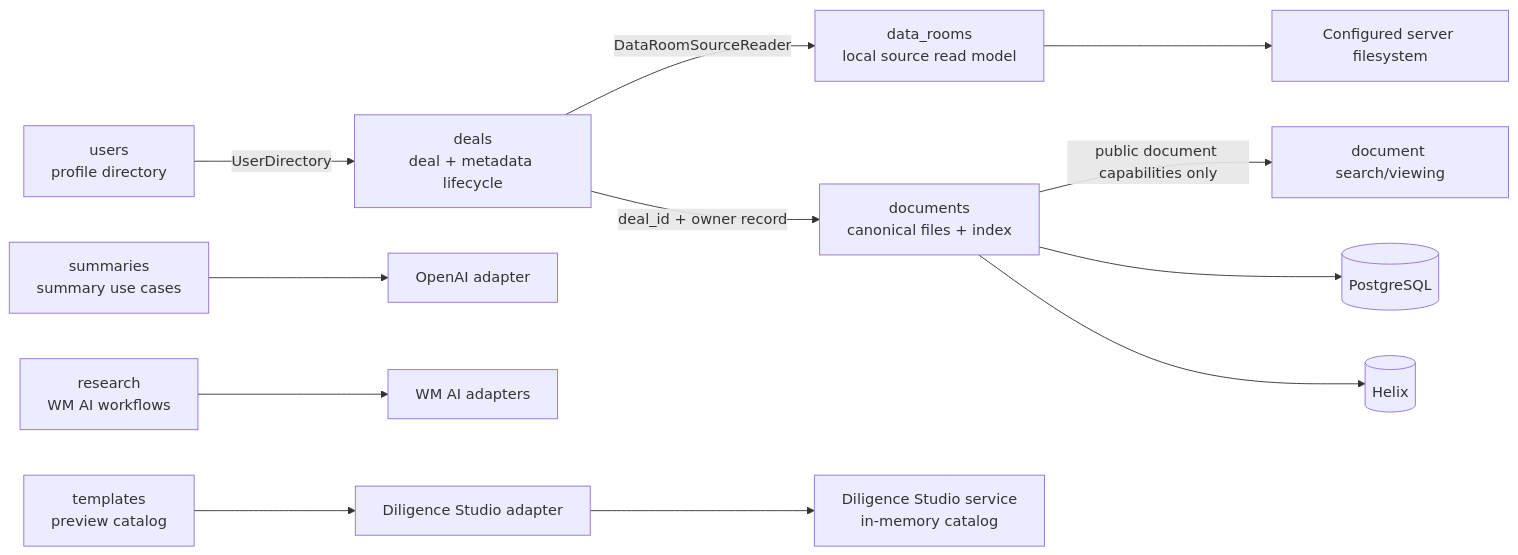
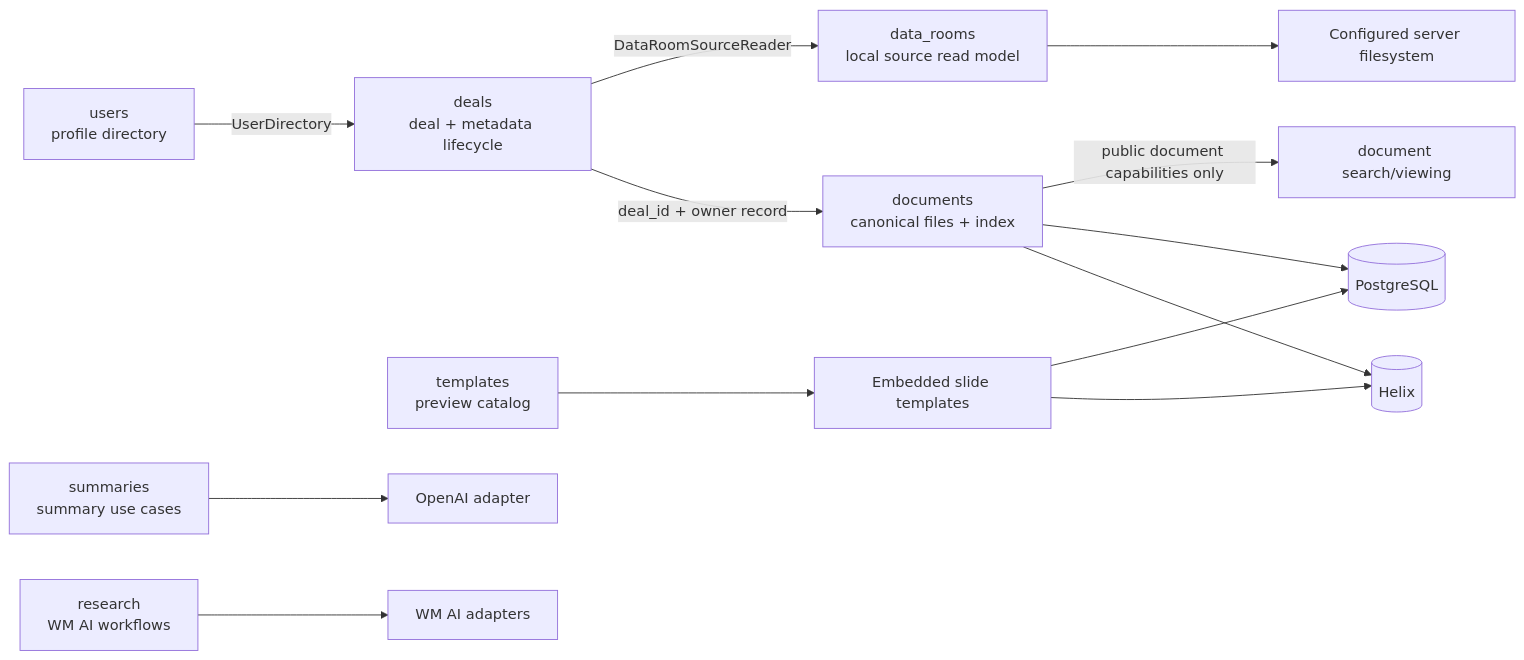
One commit to ratik-gambhir-WM/Quarry changed the first of 2 diagrams in docs/DOMAIN_MODEL.md. Above: the diagram before and after it, drawn with Mermaid. The commit also changed other lines of this file and 56 other files, not shown here.

````diff
--- a/docs/DOMAIN_MODEL.md
+++ b/docs/DOMAIN_MODEL.md
@@ -97,23 +97,24 @@
 ```mermaid
 flowchart LR
     Users[users\nprofile directory]
     Deals[deals\ndeal + metadata lifecycle]
     DataRooms[data_rooms\nlocal source read model]
     Documents[documents\ncanonical files + index]
     Summaries[summaries\nsummary use cases]
     Research[research\nWM AI workflows]
     Templates[templates\npreview catalog]
 
     Users -->|UserDirectory| Deals
     Deals -->|DataRoomSourceReader| DataRooms
     Deals -->|deal_id + owner record| Documents
     Documents -->|public document capabilities only| Search[document search/viewing]
 
     Summaries --> OpenAI[OpenAI adapter]
     Research --> WMAI[WM AI adapters]
-    Templates --> DSAdapter[Diligence Studio adapter]
-    DSAdapter --> DS[Diligence Studio service\nin-memory catalog]
+    Templates --> Embedded[Embedded slide templates]
+    Embedded --> PostgreSQL
+    Embedded --> Helix
     DataRooms --> FS[Configured server filesystem]
     Documents --> PostgreSQL[(PostgreSQL)]
     Documents --> Helix[(Helix)]
 ```
````
